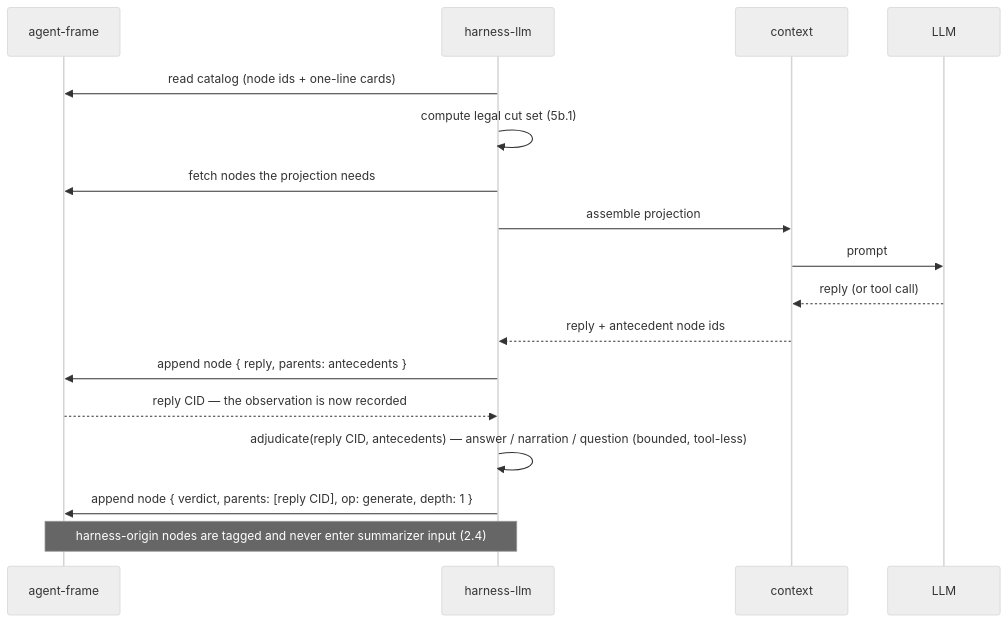
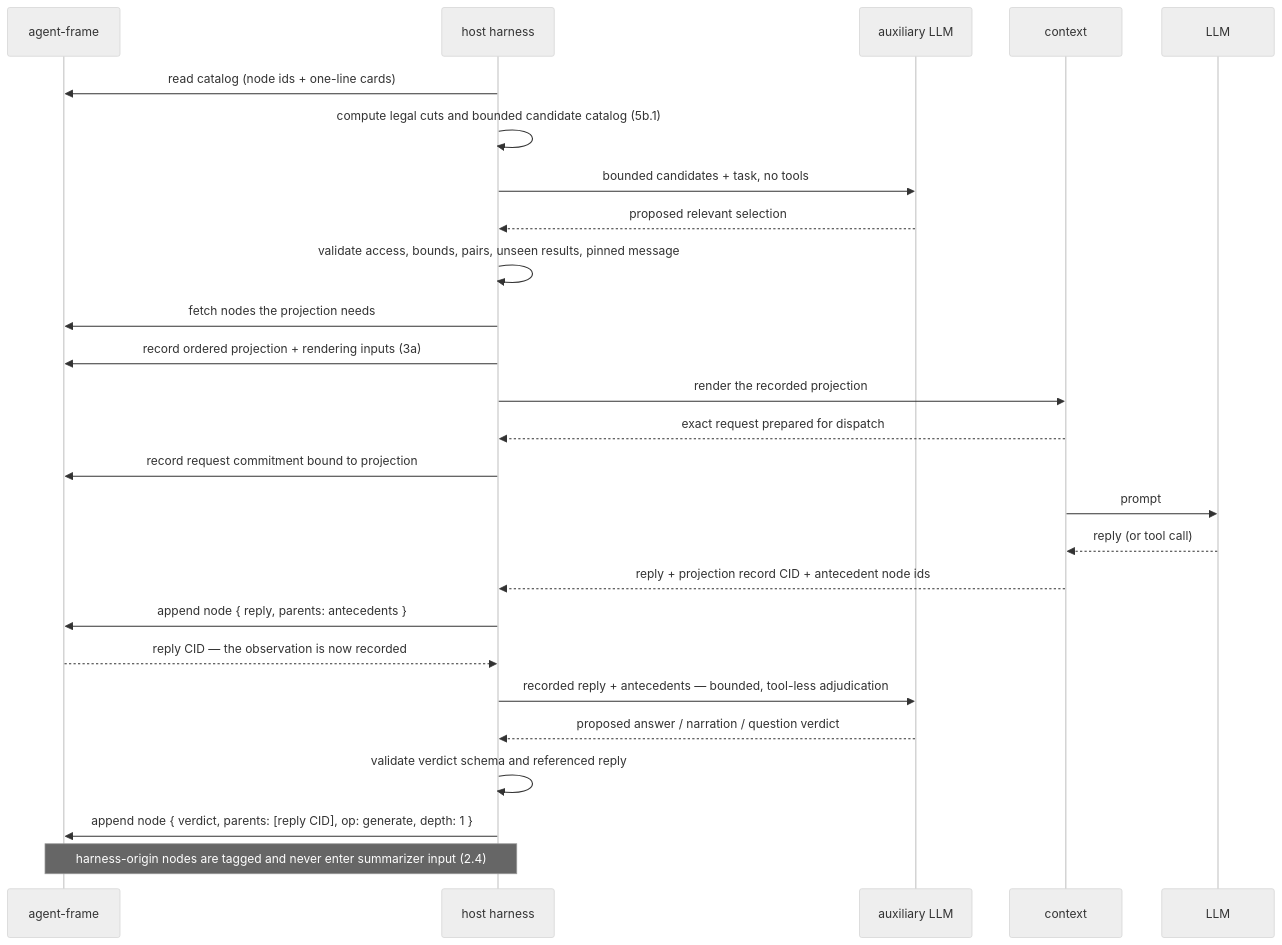
Before and after one commit to Gilamonster-Foundation/newt-agent: the second of 6 diagrams in docs/design/smart-harness.md, drawn with Mermaid (neutral theme). The commit also changed other lines of this file, not shown here.

Commit message:
docs(design): ground smart harness in kernel and host contracts

````diff
--- a/docs/design/smart-harness.md
+++ b/docs/design/smart-harness.md
@@ -90,19 +104,28 @@
 ```mermaid
 sequenceDiagram
     participant F as agent-frame
-    participant H as harness-llm
+    participant H as host harness
+    participant K as auxiliary LLM
     participant C as context
     participant M as LLM
     H->>F: read catalog (node ids + one-line cards)
-    H->>H: compute legal cut set (5b.1)
+    H->>H: compute legal cuts and bounded candidate catalog (5b.1)
+    H->>K: bounded candidates + task, no tools
+    K-->>H: proposed relevant selection
+    H->>H: validate access, bounds, pairs, unseen results, pinned message
     H->>F: fetch nodes the projection needs
-    H->>C: assemble projection
+    H->>F: record ordered projection + rendering inputs (3a)
+    H->>C: render the recorded projection
+    C-->>H: exact request prepared for dispatch
+    H->>F: record request commitment bound to projection
     C->>M: prompt
     M-->>C: reply (or tool call)
-    C-->>H: reply + antecedent node ids
+    C-->>H: reply + projection record CID + antecedent node ids
     H->>F: append node { reply, parents: antecedents }
     F-->>H: reply CID — the observation is now recorded
-    H->>H: adjudicate(reply CID, antecedents) — answer / narration / question (bounded, tool-less)
+    H->>K: recorded reply + antecedents — bounded, tool-less adjudication
+    K-->>H: proposed answer / narration / question verdict
+    H->>H: validate verdict schema and referenced reply
     H->>F: append node { verdict, parents: [reply CID], op: generate, depth: 1 }
     Note over H,F: harness-origin nodes are tagged and never enter summarizer input (2.4)
 ```
````
